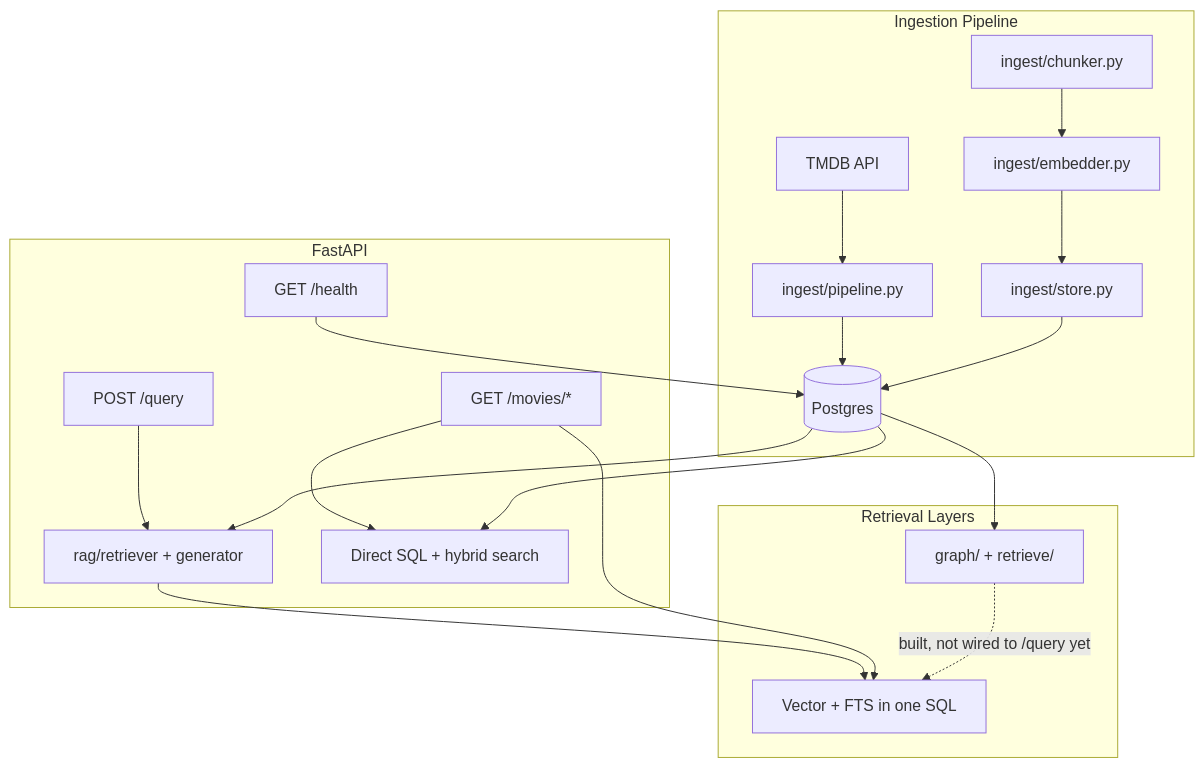
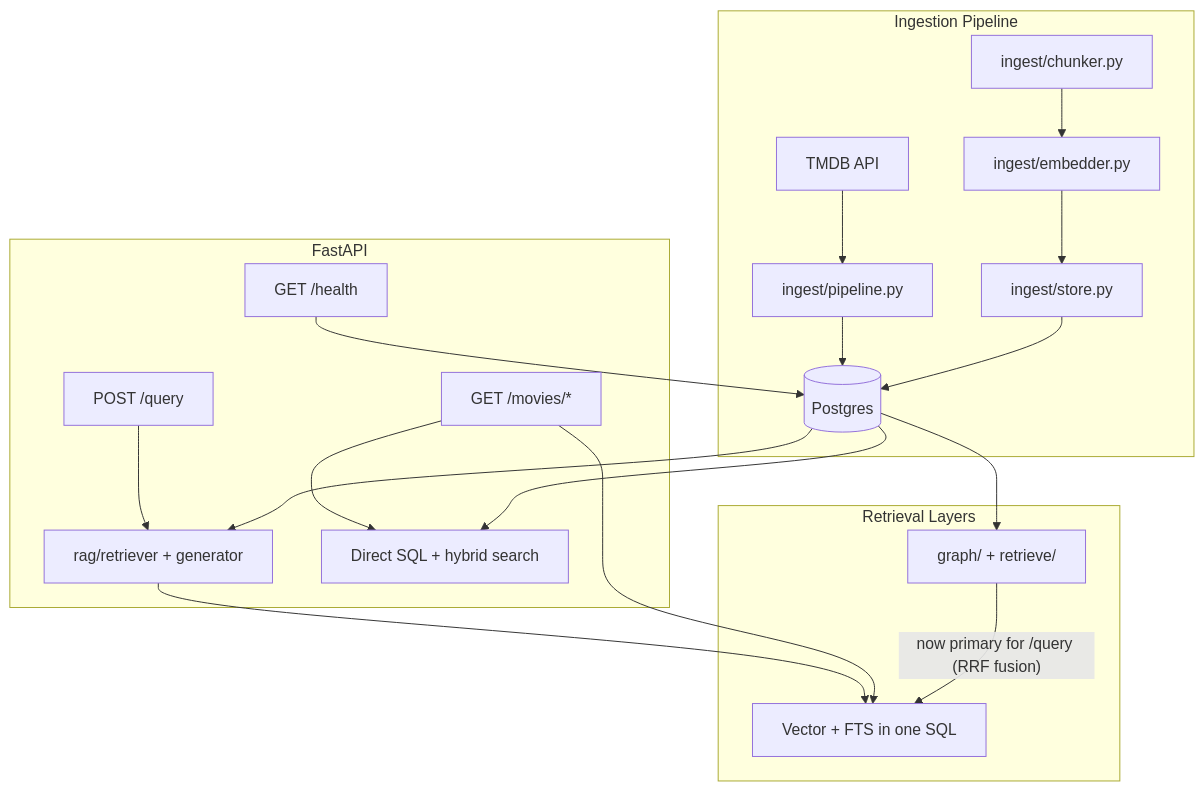
Before and after one commit to VamshiKrishna010/Movie-rag: the diagram in README.md, drawn with Mermaid. The commit also changed other lines of this file and 9 other files, not shown here.

````diff
--- a/README.md
+++ b/README.md
@@ -76,26 +76,26 @@
 ```mermaid
 flowchart TB
     subgraph ingest [Ingestion Pipeline]
         TMDB[TMDB API] --> Pipeline[ingest/pipeline.py]
         Pipeline --> PG[(Postgres)]
         Chunker[ingest/chunker.py] --> Embedder[ingest/embedder.py]
         Embedder --> Store[ingest/store.py]
         Store --> PG
     end
 
     subgraph api [FastAPI]
         Query["POST /query"] --> RAG[rag/retriever + generator]
         Movies["GET /movies/*"] --> SQL[Direct SQL + hybrid search]
         Health["GET /health"] --> PG
     end
 
     subgraph retrieval [Retrieval Layers]
         RAG --> HybridSQL[Vector + FTS in one SQL]
         Movies --> HybridSQL
-        GraphLayer[graph/ + retrieve/] -.->|"built, not wired to /query yet"| HybridSQL
+        GraphLayer[graph/ + retrieve/] -->|"now primary for /query (RRF fusion)"| HybridSQL
     end
 
     PG --> RAG
     PG --> SQL
     PG --> GraphLayer
 ```
````
